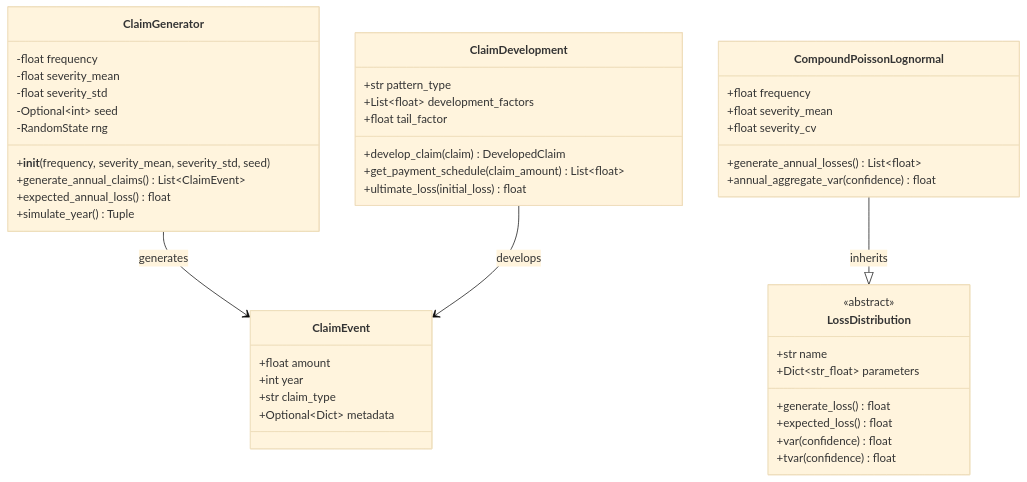
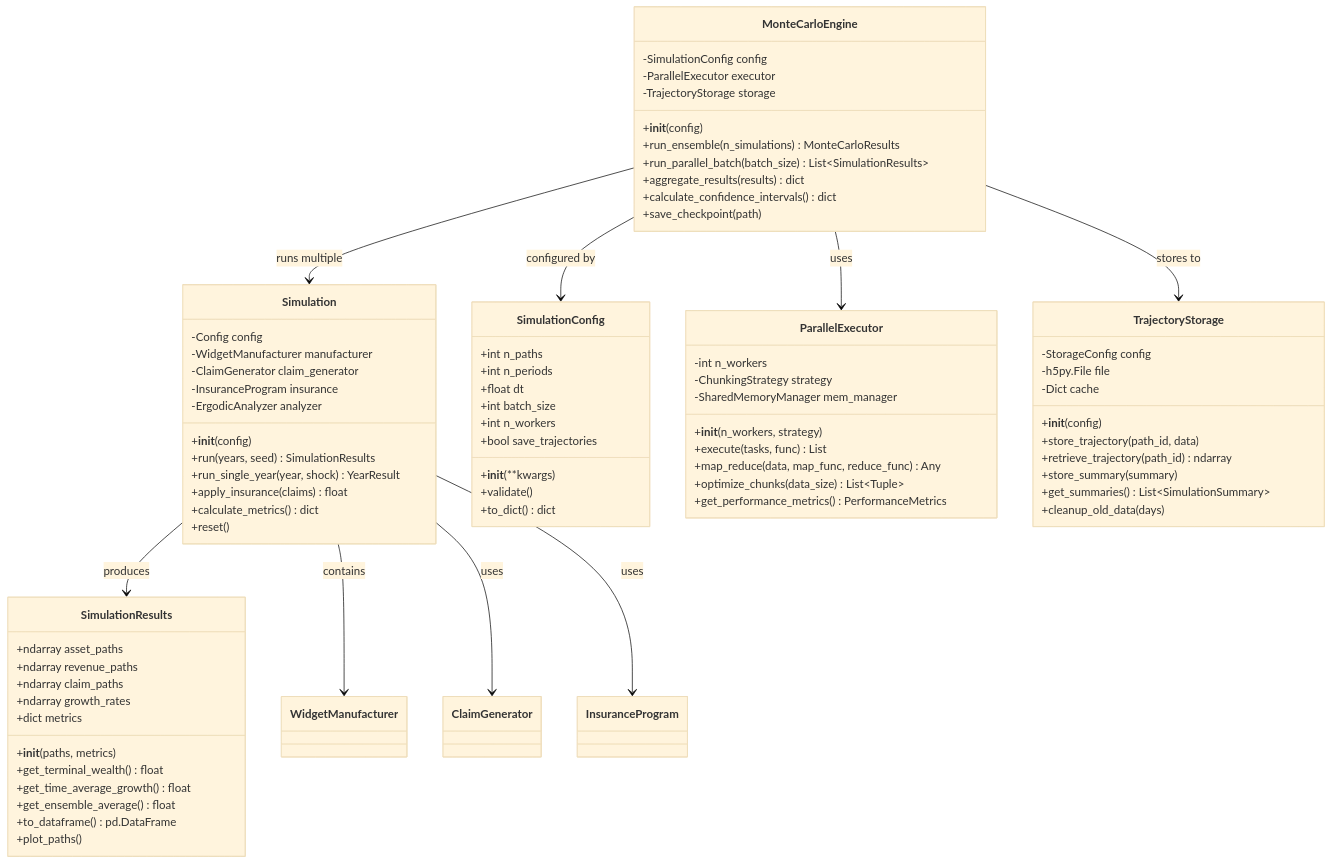
The fourth of 4 diagrams in ergodic_insurance/docs/architecture/class_diagrams/core_classes.md (AlexFiliakov/Ergodic-Insurance-Limits), drawn with Mermaid (base theme) before and after one commit. The commit also changed other lines of this file and 24 other files, not shown here.

````diff
--- a/ergodic_insurance/docs/architecture/class_diagrams/core_classes.md
+++ b/ergodic_insurance/docs/architecture/class_diagrams/core_classes.md
@@ -202,52 +288,86 @@
 ```mermaid
 classDiagram
-    class ClaimGenerator {
-        -float frequency
-        -float severity_mean
-        -float severity_std
-        -Optional~int~ seed
-        -RandomState rng
-        +__init__(frequency, severity_mean, severity_std, seed)
-        +generate_annual_claims() List~ClaimEvent~
-        +expected_annual_loss() float
-        +simulate_year() Tuple
+    class Simulation {
+        -Config config
+        -WidgetManufacturer manufacturer
+        -ClaimGenerator claim_generator
+        -InsuranceProgram insurance
+        -ErgodicAnalyzer analyzer
+        +__init__(config)
+        +run(years, seed) SimulationResults
+        +run_single_year(year, shock) YearResult
+        +apply_insurance(claims) float
+        +calculate_metrics() dict
+        +reset()
     }
 
-    class ClaimEvent {
-        +float amount
-        +int year
-        +str claim_type
-        +Optional~Dict~ metadata
+    class SimulationResults {
+        +ndarray asset_paths
+        +ndarray revenue_paths
+        +ndarray claim_paths
+        +ndarray growth_rates
+        +dict metrics
+        +__init__(paths, metrics)
+        +get_terminal_wealth() float
+        +get_time_average_growth() float
+        +get_ensemble_average() float
+        +to_dataframe() pd.DataFrame
+        +plot_paths()
     }
 
-    class ClaimDevelopment {
-        +str pattern_type
-        +List~float~ development_factors
-        +float tail_factor
-        +develop_claim(claim) DevelopedClaim
-        +get_payment_schedule(claim_amount) List~float~
-        +ultimate_loss(initial_loss) float
+    class MonteCarloEngine {
+        -SimulationConfig config
+        -ParallelExecutor executor
+        -TrajectoryStorage storage
+        +__init__(config)
+        +run_ensemble(n_simulations) MonteCarloResults
+        +run_parallel_batch(batch_size) List~SimulationResults~
+        +aggregate_results(results) dict
+        +calculate_confidence_intervals() dict
+        +save_checkpoint(path)
     }
 
-    class LossDistribution {
-        <<abstract>>
-        +str name
-        +Dict~str_float~ parameters
-        +generate_loss() float
-        +expected_loss() float
-        +var(confidence) float
-        +tvar(confidence) float
+    class SimulationConfig {
+        +int n_paths
+        +int n_periods
+        +float dt
+        +int batch_size
+        +int n_workers
+        +bool save_trajectories
+        +__init__(**kwargs)
+        +validate()
+        +to_dict() dict
     }
 
-    class CompoundPoissonLognormal {
-        +float frequency
-        +float severity_mean
-        +float severity_cv
-        +generate_annual_losses() List~float~
-        +annual_aggregate_var(confidence) float
+    class ParallelExecutor {
+        -int n_workers
+        -ChunkingStrategy strategy
+        -SharedMemoryManager mem_manager
+        +__init__(n_workers, strategy)
+        +execute(tasks, func) List
+        +map_reduce(data, map_func, reduce_func) Any
+        +optimize_chunks(data_size) List~Tuple~
+        +get_performance_metrics() PerformanceMetrics
     }
 
-    ClaimGenerator --> ClaimEvent: generates
-    ClaimDevelopment --> ClaimEvent: develops
-    CompoundPoissonLognormal --|> LossDistribution: inherits
+    class TrajectoryStorage {
+        -StorageConfig config
+        -h5py.File file
+        -Dict cache
+        +__init__(config)
+        +store_trajectory(path_id, data)
+        +retrieve_trajectory(path_id) ndarray
+        +store_summary(summary)
+        +get_summaries() List~SimulationSummary~
+        +cleanup_old_data(days)
+    }
+
+    Simulation --> SimulationResults : produces
+    Simulation --> WidgetManufacturer : contains
+    Simulation --> ClaimGenerator : uses
+    Simulation --> InsuranceProgram : uses
+    MonteCarloEngine --> SimulationConfig : configured by
+    MonteCarloEngine --> ParallelExecutor : uses
+    MonteCarloEngine --> TrajectoryStorage : stores to
+    MonteCarloEngine --> Simulation : runs multiple
 ```
````
